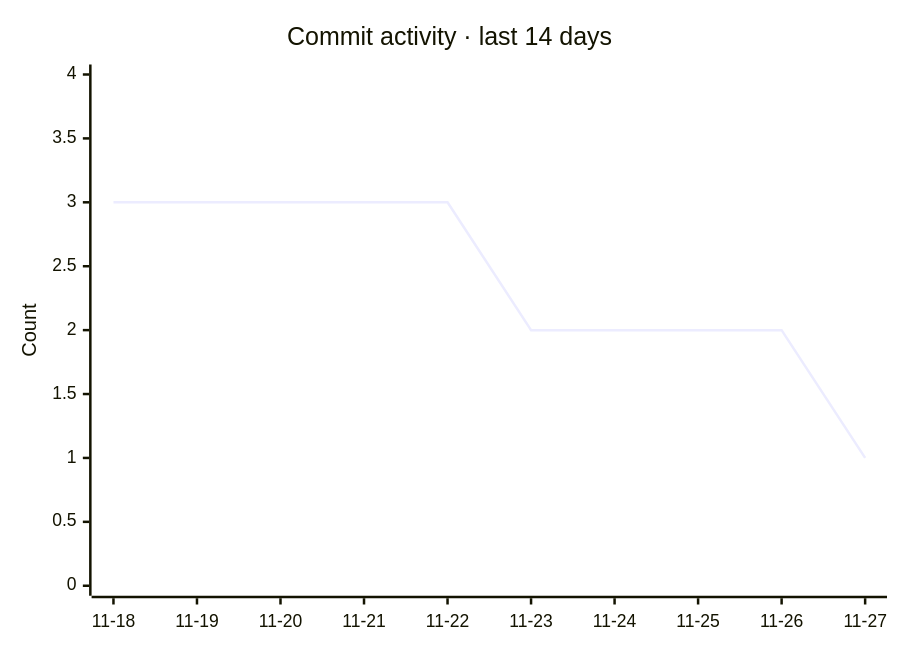
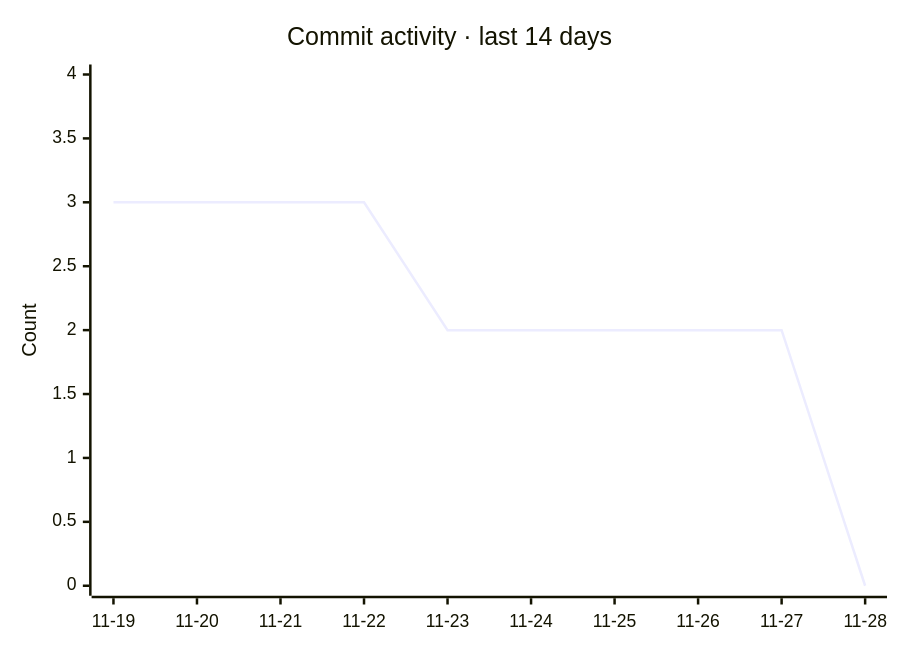
Before and after one commit to razzaqinspires/whiskay-bot: the second of 2 diagrams in README.md, drawn with Mermaid. The commit also changed other lines of this file and 2 other files, not shown here.

Commit message:
chore(metrics): refresh GitHub traffic and update timestamp [skip ci]

````diff
--- a/README.md
+++ b/README.md
@@ -329,7 +329,7 @@
 ```mermaid
 xychart-beta
     title "Commit activity · last 14 days"
-    x-axis ["11-18", "11-19", "11-20", "11-21", "11-22", "11-23", "11-24", "11-25", "11-26", "11-27"]
+    x-axis ["11-19", "11-20", "11-21", "11-22", "11-23", "11-24", "11-25", "11-26", "11-27", "11-28"]
     y-axis "Count" 0 --> 4
-    line [3, 3, 3, 3, 3, 2, 2, 2, 2, 1]
+    line [3, 3, 3, 3, 2, 2, 2, 2, 2, 0]
 ```
````
